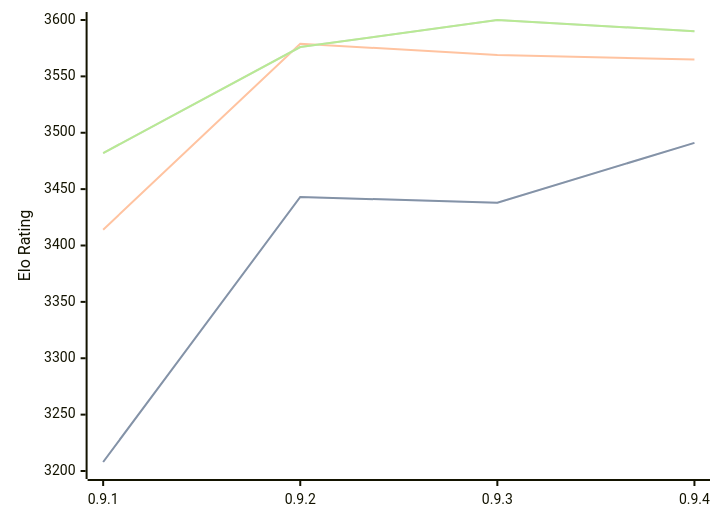
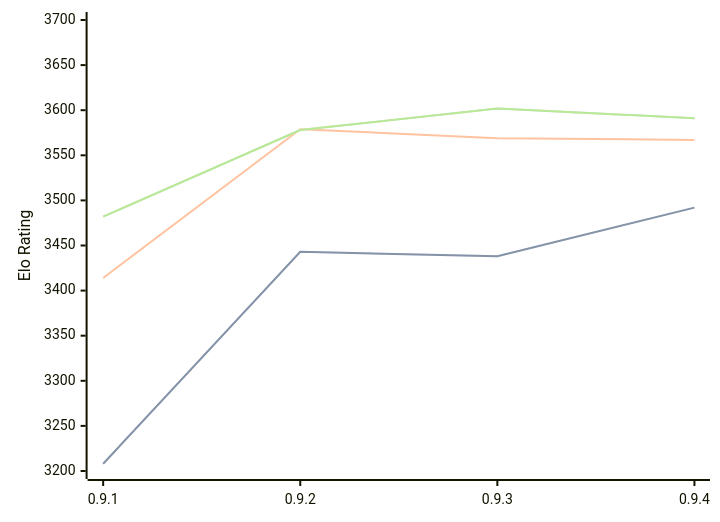
The diagram in engines/Coda.md (computer-chess-index/cci), drawn with Mermaid before and after one commit. The commit also changed other lines of this file, not shown here.

Commit message:
Update CCI Ratings (ELO VLTC) - 2026-09-27

````diff
--- a/engines/Coda.md
+++ b/engines/Coda.md
@@ -34,11 +34,11 @@
 ```mermaid
 %%{init: {"theme":"base","themeVariables":{"seriesColors:['#a3a3a3','#222221','#faa371']}}}%%
 xychart-beta
   x-axis ["0.9.1", "0.9.2", "0.9.3", "0.9.4"]
-  y-axis "Elo Rating" 3200 --> 3600
-  line "" [3208, 3443, 3438, 3491]
-  line "STC (8.0+0.08s)" [3208, 3443, 3438, 3491]
-  line "LTC (60.0+0.60s)" [3414, 3579, 3569, 3565]
-  line "" [3482, 3576, 3600, 3590]
-  line "VLTC (2m24s+1.12s)" [3482, 3576, 3600, 3590]
+  y-axis "Elo Rating" 3200 --> 3700
+  line "" [3208, 3443, 3438, 3492]
+  line "STC (8.0+0.08s)" [3208, 3443, 3438, 3492]
+  line "LTC (60.0+0.60s)" [3414, 3579, 3569, 3567]
+  line "" [3482, 3578, 3602, 3591]
+  line "VLTC (2m24s+1.12s)" [3482, 3578, 3602, 3591]
 ```
````
